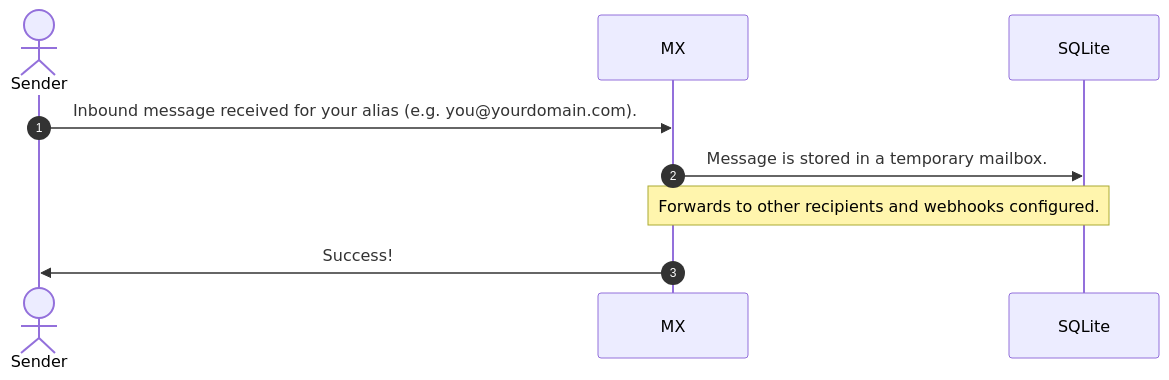
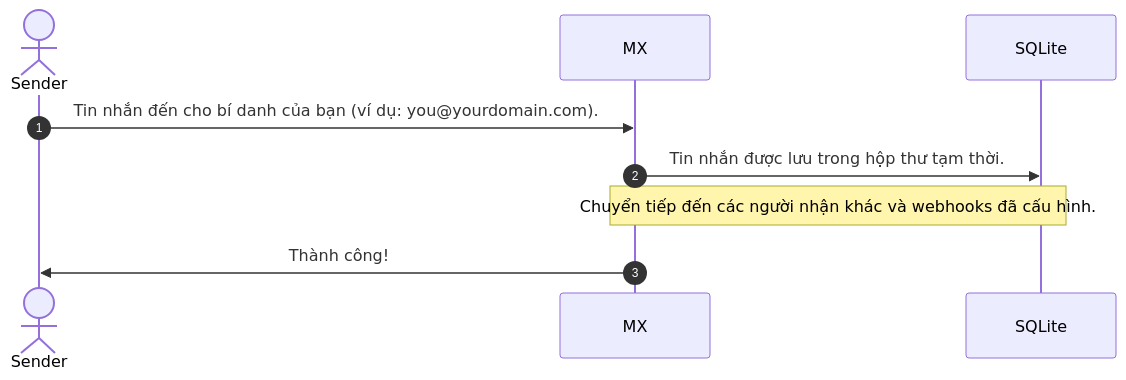
One commit to forwardemail/forwardemail.net changed the first of 2 diagrams in app/views/docs/best-quantum-safe-encrypted-email-service/index-vi.md. Above: the diagram before and after it, drawn with Mermaid. The commit also changed other lines of this file and 1055 other files, not shown here.

````diff
--- a/app/views/docs/best-quantum-safe-encrypted-email-service/index-vi.md
+++ b/app/views/docs/best-quantum-safe-encrypted-email-service/index-vi.md
@@ -66,9 +69,9 @@
      ```mermaid
      sequenceDiagram
          autonumber
          actor Sender
-         Sender->>MX: Inbound message received for your alias (e.g. you@yourdomain.com).
-         MX->>SQLite: Message is stored in a temporary mailbox.
-         Note over MX,SQLite: Forwards to other recipients and webhooks configured.
-         MX->>Sender: Success!
+         Sender->>MX: Tin nhắn đến cho bí danh của bạn (ví dụ: you@yourdomain.com).
+         MX->>SQLite: Tin nhắn được lưu trong hộp thư tạm thời.
+         Note over MX,SQLite: Chuyển tiếp đến các người nhận khác và webhooks đã cấu hình.
+         MX->>Sender: Thành công!
      ```
````
